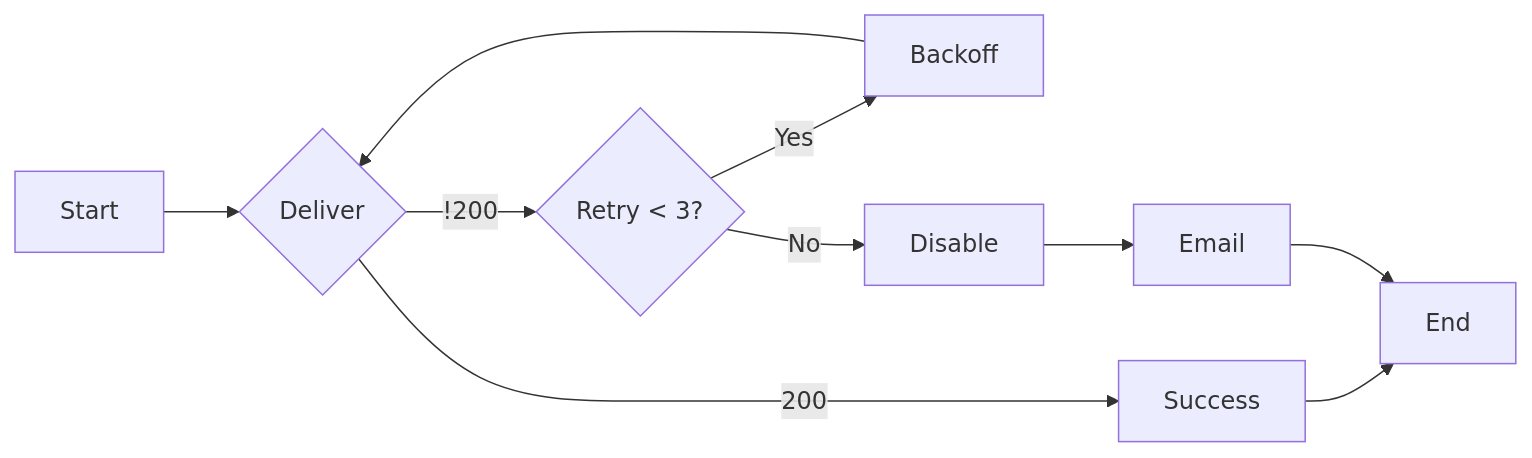
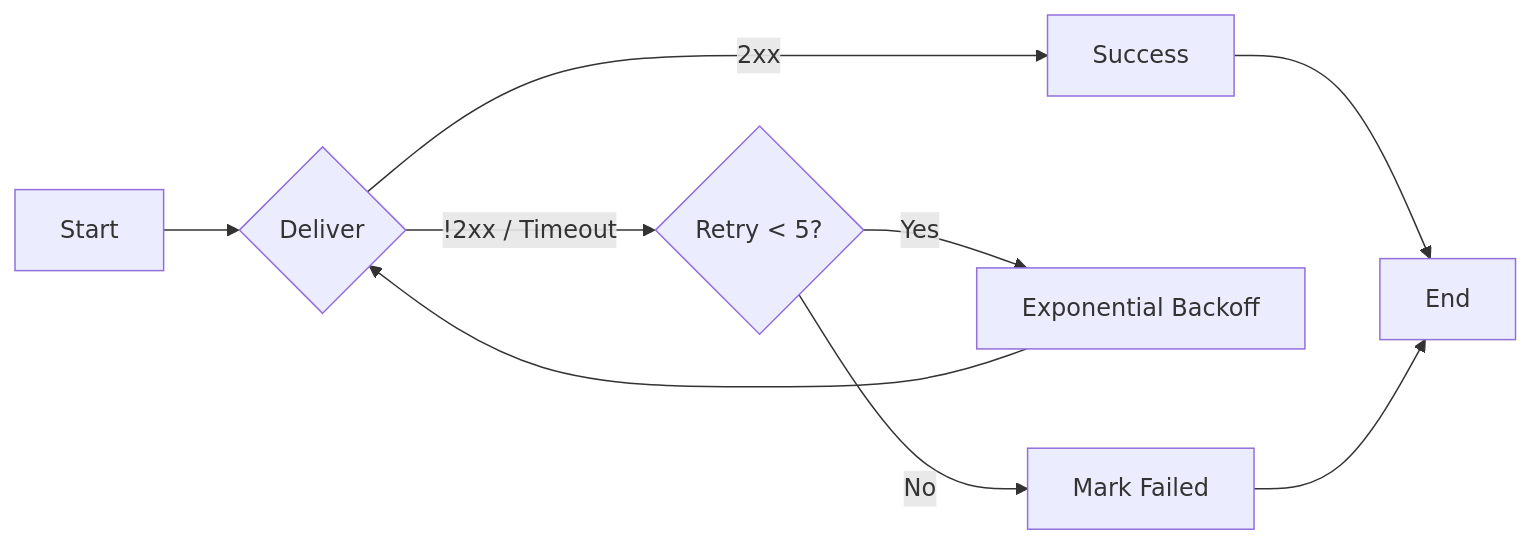
Before and after one commit to pandabase/docs: the second of 2 diagrams in developers/webhooks/overview.mdx, drawn with Mermaid. The commit also changed other lines of this file and 4 other files, not shown here.

````diff
--- a/developers/webhooks/overview.mdx
+++ b/developers/webhooks/overview.mdx
@@ -41,12 +72,11 @@
 ```mermaid
 flowchart LR
     A[Start] --> B{Deliver}
-    B -->|200| C[Success]
+    B -->|2xx| C[Success]
     C --> H[End]
-    B -->|!200| D{Retry < 3?}
-    D -->|Yes| E[Backoff]
+    B -->|!2xx / Timeout| D{Retry < 5?}
+    D -->|Yes| E[Exponential Backoff]
     E --> B
-    D -->|No| F[Disable]
-    F --> G[Email]
-    G --> H
+    D -->|No| F[Mark Failed]
+    F --> H
 ```
````
